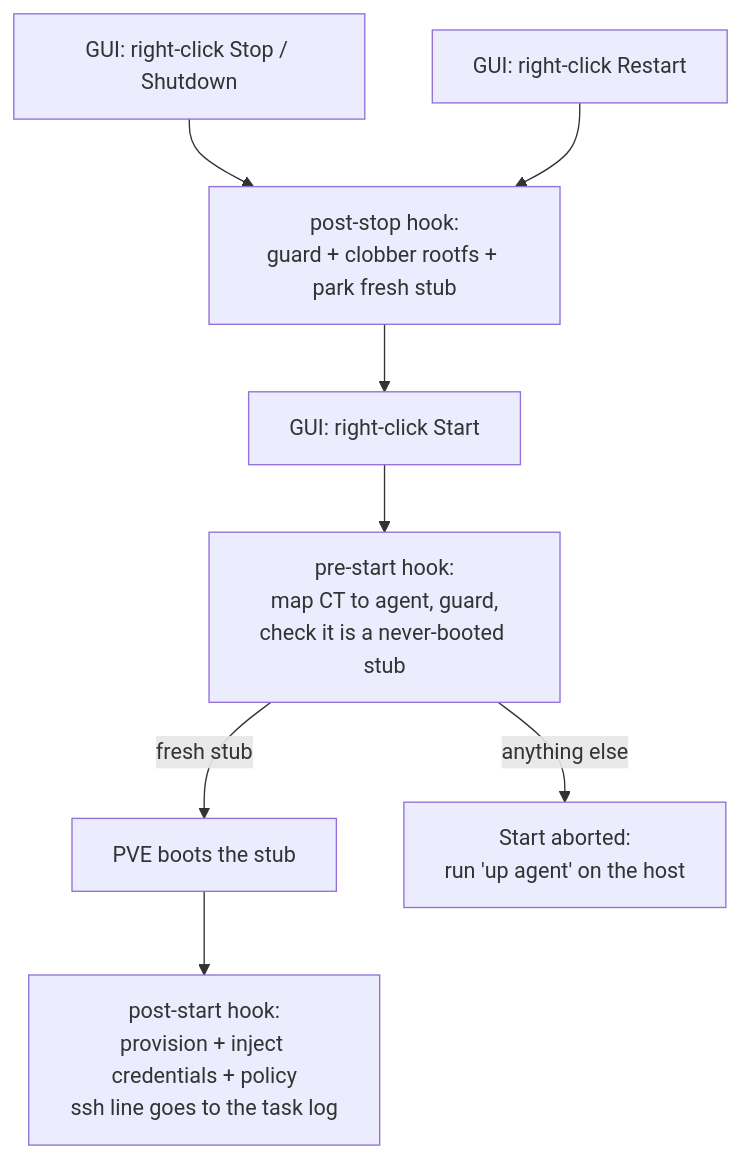
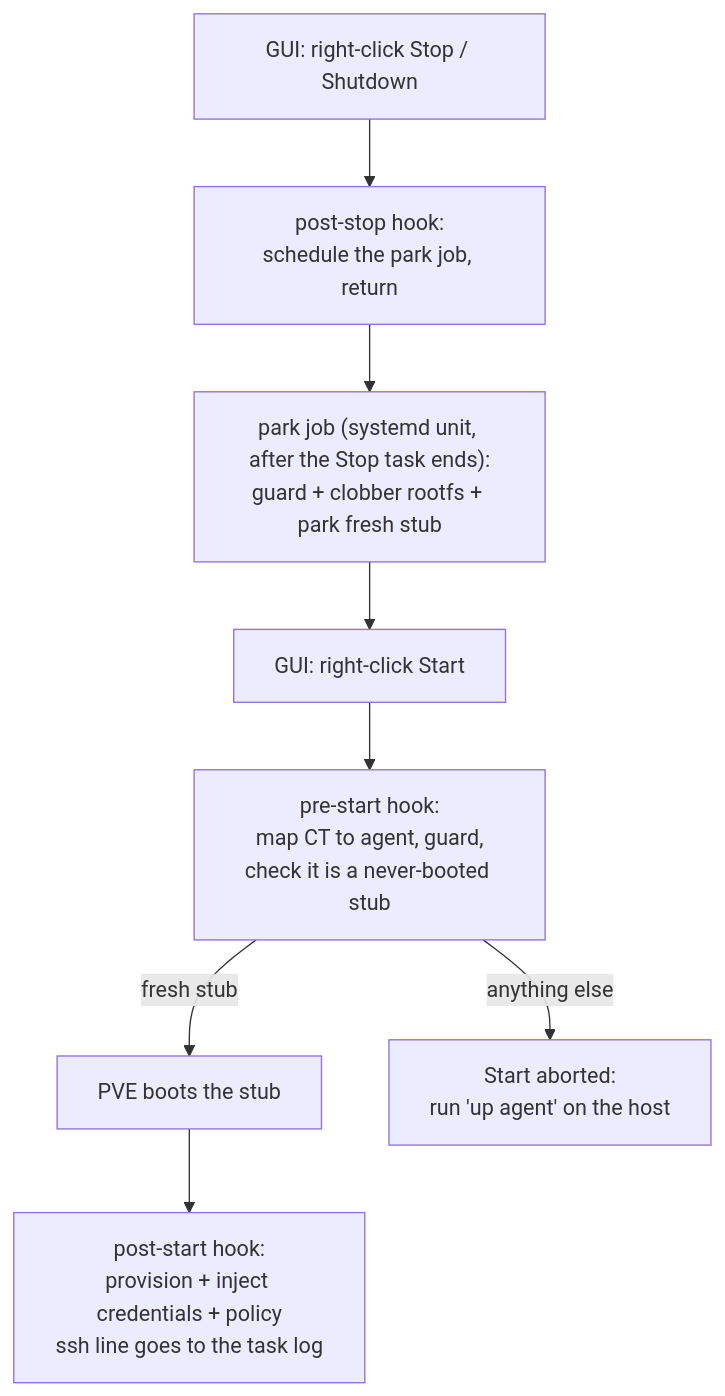
One commit to itsfja/AI-sandbox changed the diagram in README.md. Above: the diagram before and after it, drawn with Mermaid. The commit also changed other lines of this file and 5 other files, not shown here.

````diff
--- a/README.md
+++ b/README.md
@@ -468,10 +470,10 @@
 ```mermaid
 flowchart TD
     S["GUI: right-click Start"] --> PS1["pre-start hook:<br/>map CT to agent, guard,<br/>check it is a never-booted stub"]
     PS1 -->|fresh stub| PVEB["PVE boots the stub"]
     PS1 -->|anything else| AB["Start aborted:<br/>run 'up agent' on the host"]
     PVEB --> PS2["post-start hook:<br/>provision + inject credentials + policy<br/>ssh line goes to the task log"]
-    T["GUI: right-click Stop / Shutdown"] --> PR2["post-stop hook:<br/>guard + clobber rootfs + park fresh stub"]
-    R["GUI: right-click Restart"] --> PR2
+    T["GUI: right-click Stop / Shutdown"] --> PR1["post-stop hook:<br/>schedule the park job, return"]
+    PR1 --> PR2["park job (systemd unit, after the Stop task ends):<br/>guard + clobber rootfs + park fresh stub"]
     PR2 --> S
 ```
````
